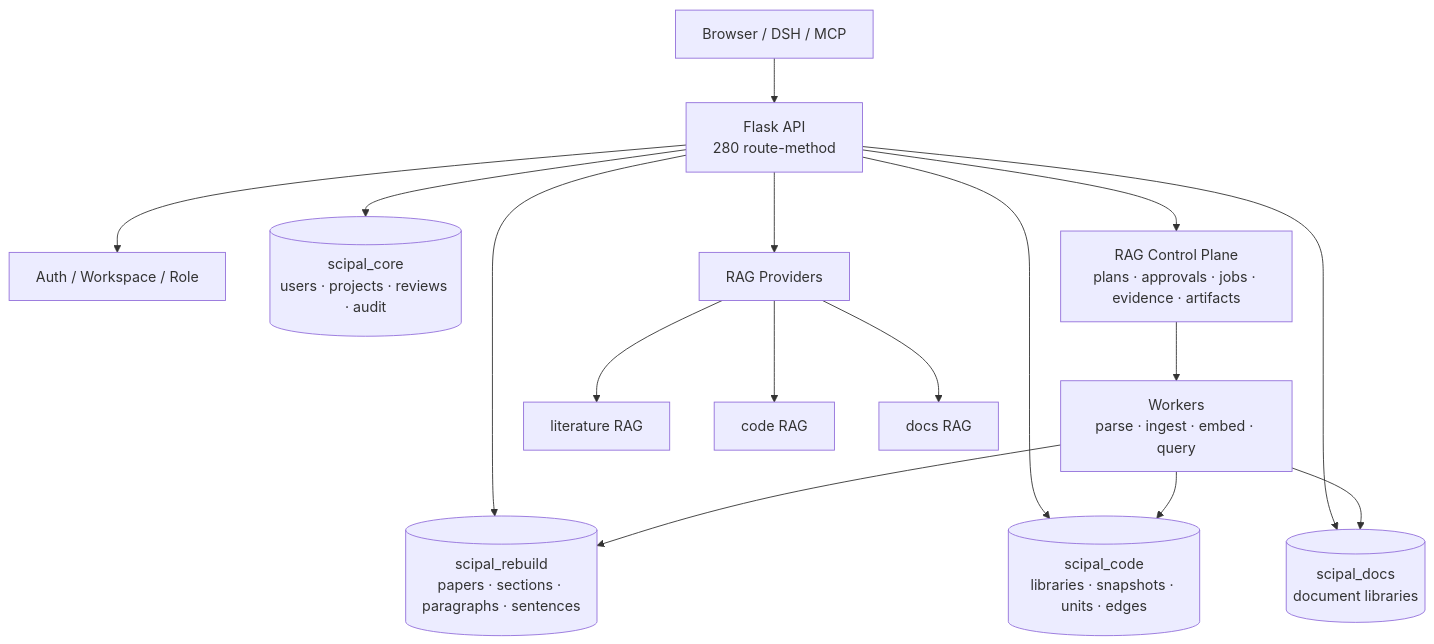
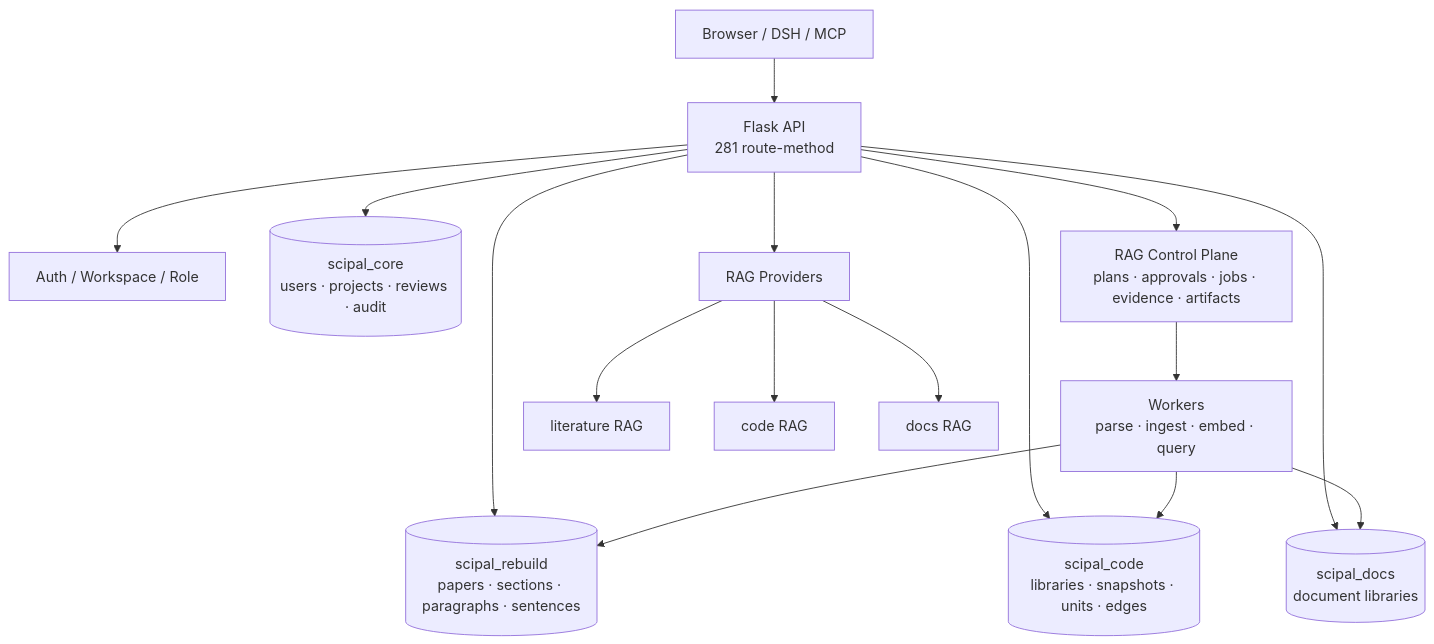
One commit to williamchen520/sci-pal changed the first of 2 diagrams in README.md. Above: the diagram before and after it, drawn with Mermaid. The commit also changed other lines of this file and 11 other files, not shown here.

````diff
--- a/README.md
+++ b/README.md
@@ -77,20 +77,20 @@
 ```mermaid
 flowchart TB
-    U["Browser / DSH / MCP"] --> API["Flask API<br/>280 route-method"]
+    U["Browser / DSH / MCP"] --> API["Flask API<br/>281 route-method"]
     API --> AUTH["Auth / Workspace / Role"]
     API --> CORE[("scipal_core<br/>users · projects · reviews · audit")]
     API --> CORPUS[("scipal_rebuild<br/>papers · sections · paragraphs · sentences")]
     API --> CODE[("scipal_code<br/>libraries · snapshots · units · edges")]
     API --> DOCS[("scipal_docs<br/>document libraries")]
 
     API --> CP["RAG Control Plane<br/>plans · approvals · jobs · evidence · artifacts"]
     CP --> WORKER["Workers<br/>parse · ingest · embed · query"]
     WORKER --> CORPUS
     WORKER --> CODE
     WORKER --> DOCS
 
     API --> PROV["RAG Providers"]
     PROV --> LIT["literature RAG"]
     PROV --> CRAG["code RAG"]
     PROV --> DRAG["docs RAG"]
 ```
````
